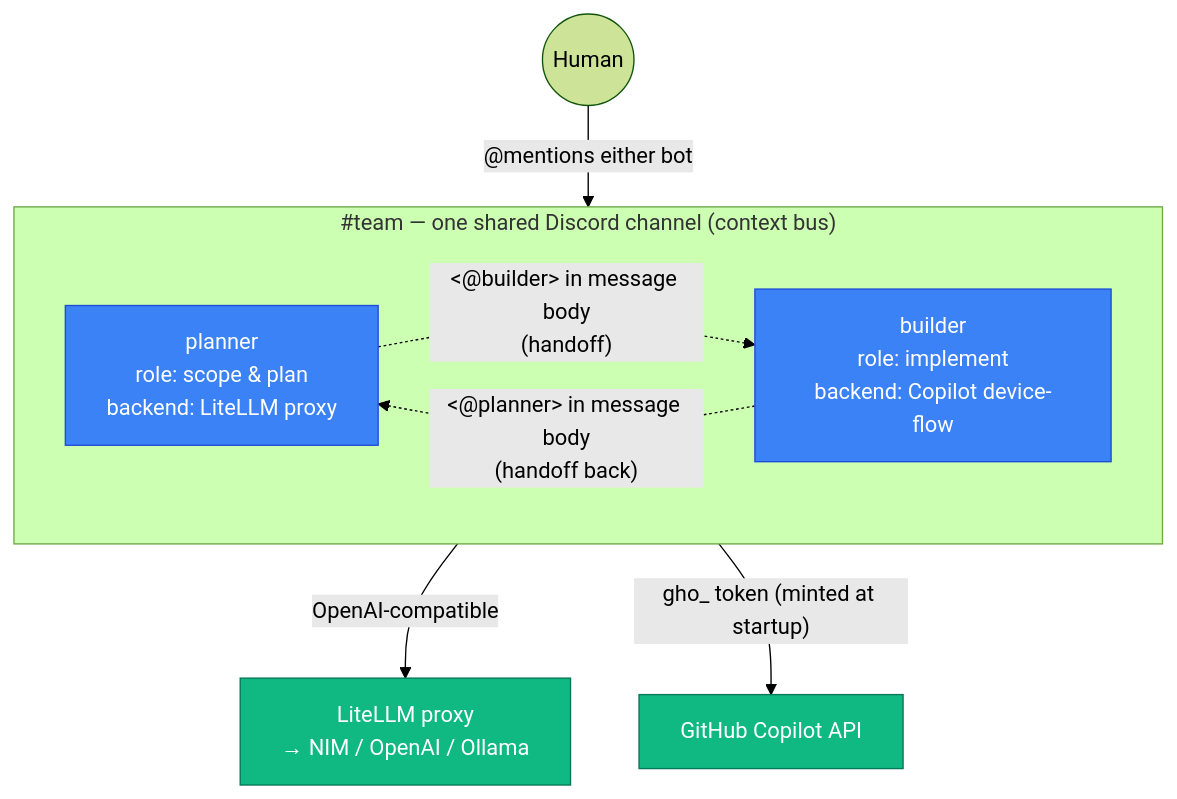
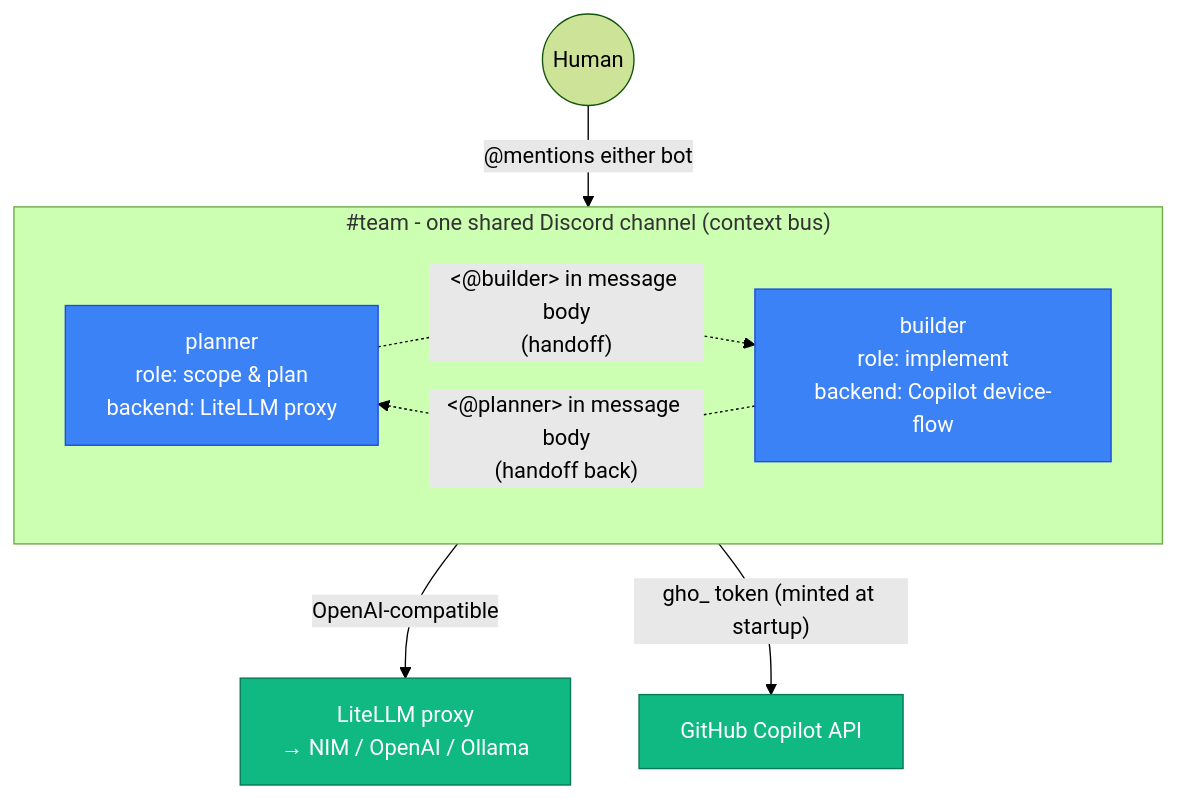
Before and after one commit to jyje/hermes-agent-helm: the first of 2 diagrams in docs/ko/reference/collaboration.md, drawn with Mermaid (forest theme). The commit also changed other lines of this file and 35 other files, not shown here.

First line of the commit message:
✏️ typo(chart): replace em-dashes in the chart docs, values, and schema

````diff
--- a/docs/ko/reference/collaboration.md
+++ b/docs/ko/reference/collaboration.md
@@ -35,18 +35,18 @@
 ```mermaid
 graph TB
     Human((Human)) -->|"@mentions either bot"| Channel
-    subgraph Channel["#team — one shared Discord channel (context bus)"]
+    subgraph Channel["#team - one shared Discord channel (context bus)"]
         direction LR
         Planner["planner<br/>role: scope &amp; plan<br/>backend: LiteLLM proxy"]
         Builder["builder<br/>role: implement<br/>backend: Copilot device-flow"]
         Planner -. "&lt;@builder&gt; in message body<br/>(handoff)" .-> Builder
         Builder -. "&lt;@planner&gt; in message body<br/>(handoff back)" .-> Planner
     end
     Planner -->|OpenAI-compatible| LiteLLM["LiteLLM proxy<br/>→ NIM / OpenAI / Ollama"]
     Builder -->|"gho_ token (minted at startup)"| Copilot["GitHub Copilot API"]
 
     classDef agent fill:#3b82f6,color:#fff,stroke:#1d4ed8;
     classDef ext fill:#10b981,color:#fff,stroke:#047857;
     class Planner,Builder agent;
     class LiteLLM,Copilot ext;
 ```
````
